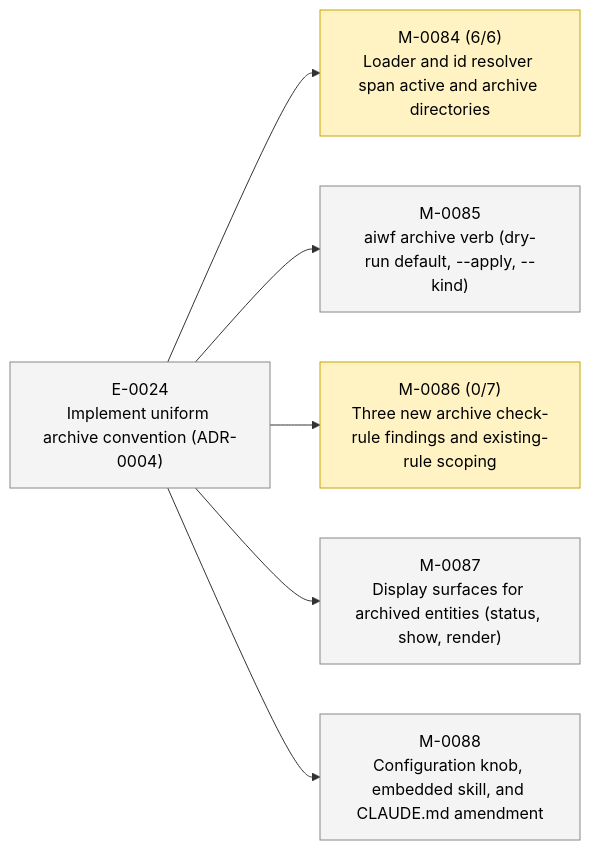
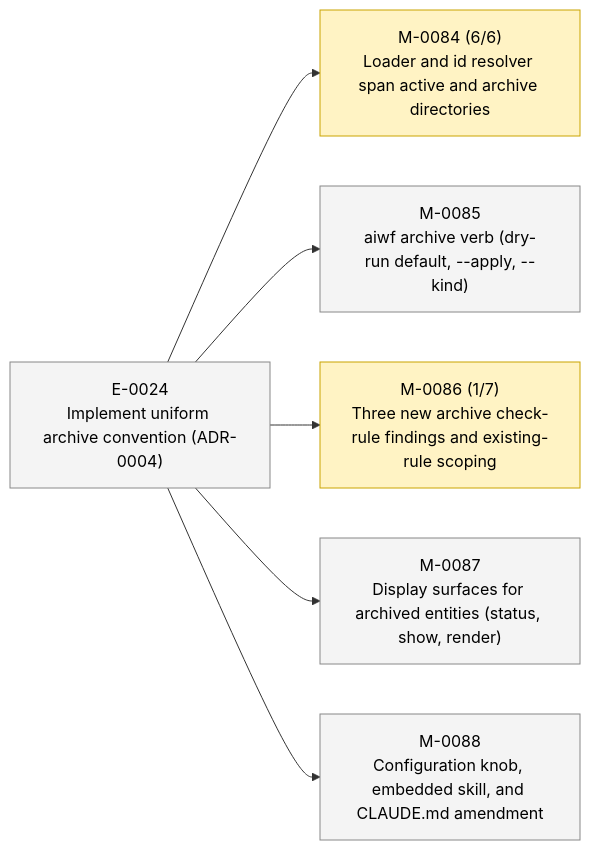
The second of 2 diagrams in STATUS.md (23min/aiwf), drawn with Mermaid before and after one commit. The commit also changed other lines of this file and 1 other file, not shown here.

````diff
--- a/STATUS.md
+++ b/STATUS.md
@@ -49,20 +49,20 @@
 ```mermaid
 flowchart LR
   E_0024["E-0024<br/>Implement uniform archive convention (ADR-0004)"]:::epic_proposed
   M_0084["M-0084 (6/6)<br/>Loader and id resolver span active and archive directories"]:::ms_in_progress
   E_0024 --> M_0084
   M_0085["M-0085<br/>aiwf archive verb (dry-run default, --apply, --kind)"]:::ms_draft
   E_0024 --> M_0085
-  M_0086["M-0086 (0/7)<br/>Three new archive check-rule findings and existing-rule scoping"]:::ms_in_progress
+  M_0086["M-0086 (1/7)<br/>Three new archive check-rule findings and existing-rule scoping"]:::ms_in_progress
   E_0024 --> M_0086
   M_0087["M-0087<br/>Display surfaces for archived entities (status, show, render)"]:::ms_draft
   E_0024 --> M_0087
   M_0088["M-0088<br/>Configuration knob, embedded skill, and CLAUDE.md amendment"]:::ms_draft
   E_0024 --> M_0088
   classDef epic_active fill:#d6eaff,stroke:#1a73e8,color:#000
   classDef epic_proposed fill:#f4f4f4,stroke:#888,color:#000
   classDef ms_done fill:#d8f5d8,stroke:#2a8a2a,color:#000
   classDef ms_in_progress fill:#fff3c4,stroke:#caa400,color:#000
   classDef ms_draft fill:#f4f4f4,stroke:#888,color:#000
   classDef ms_cancelled fill:#fbeaea,stroke:#c33,color:#000
 ```
````
